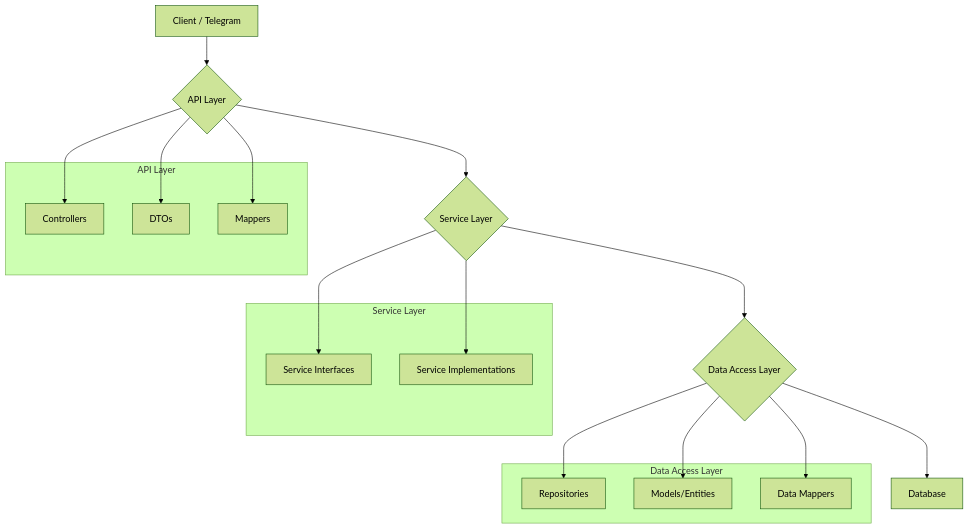
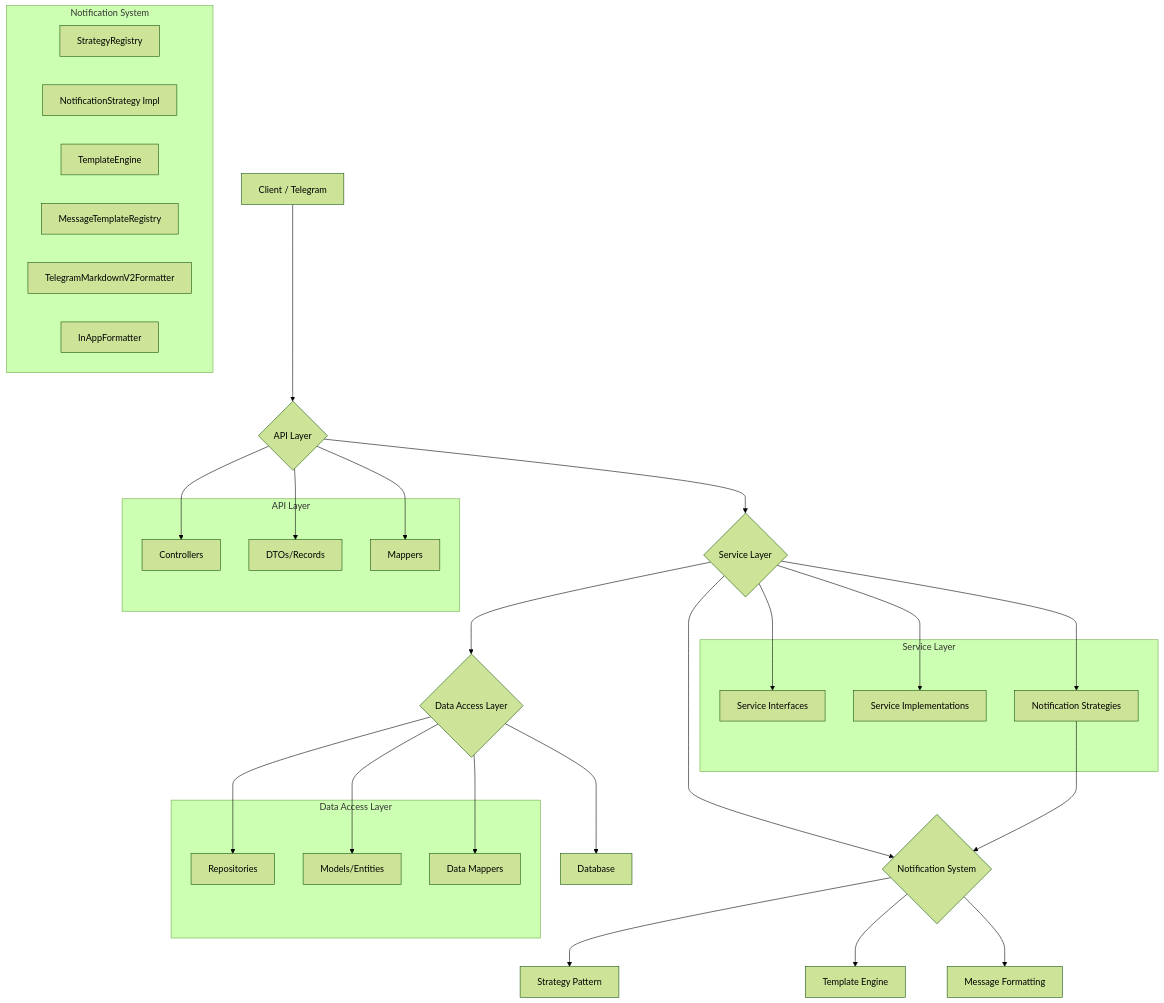
One commit to Krepchik11/geohod-backend changed the diagram in memory-bank/systemPatterns.md. Above: the diagram before and after it, drawn with Mermaid (forest theme). The commit also changed other lines of this file and 61 other files, not shown here.

````diff
--- a/memory-bank/systemPatterns.md
+++ b/memory-bank/systemPatterns.md
@@ -7,28 +7,44 @@
 ```mermaid
 graph TD
     A[Client / Telegram] --> B{API Layer};
     B --> C{Service Layer};
     C --> D{Data Access Layer};
     D --> E[Database];
+    
+    C --> F{Notification System};
+    F --> G[Strategy Pattern];
+    F --> H[Template Engine];
+    F --> I[Message Formatting];
 
     subgraph API Layer
         B1[Controllers]
-        B2[DTOs]
+        B2[DTOs/Records]
         B3[Mappers]
     end
 
     subgraph Service Layer
         C1[Service Interfaces]
         C2[Service Implementations]
+        C3[Notification Strategies]
+    end
+
+    subgraph Notification System
+        G1[StrategyRegistry]
+        G2[NotificationStrategy Impl]
+        H1[TemplateEngine]
+        H2[MessageTemplateRegistry]
+        I1[TelegramMarkdownV2Formatter]
+        I2[InAppFormatter]
     end
 
     subgraph Data Access Layer
         D1[Repositories]
         D2[Models/Entities]
         D3[Data Mappers]
     end
 
     B --> B1 & B2 & B3;
-    C --> C1 & C2;
+    C --> C1 & C2 & C3;
+    C3 --> F;
     D --> D1 & D2 & D3;
 ```
````
